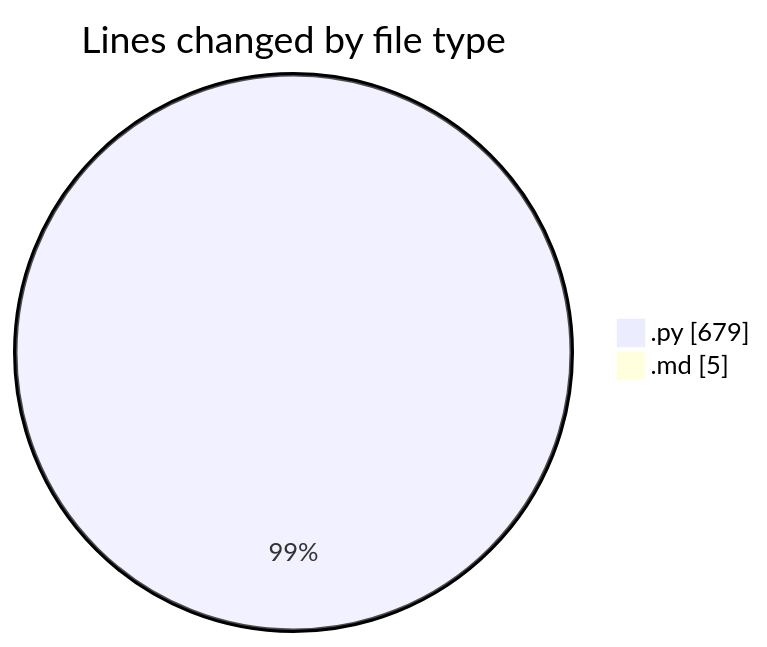
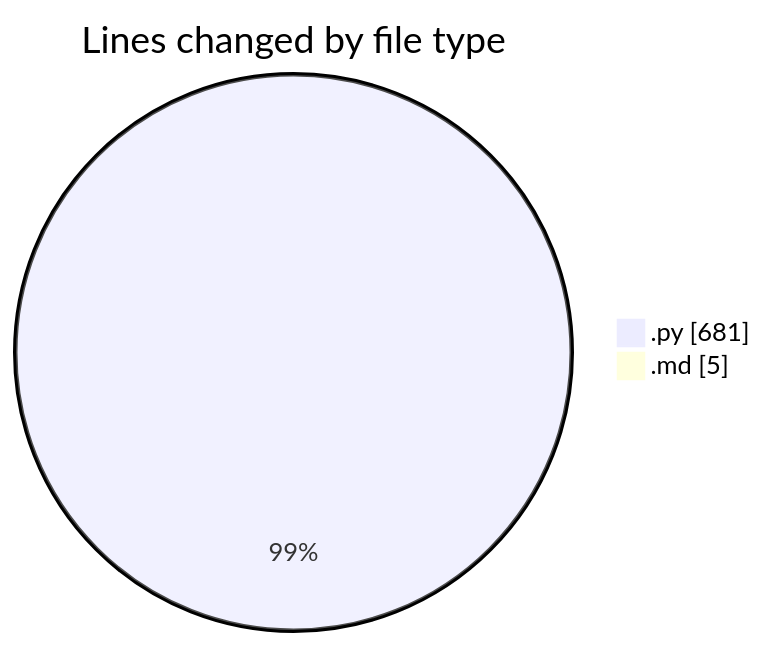
One commit to Ritupan-Deka/code-tracking changed the first of 2 diagrams in 2026-01-10/dsa/README.md. Above: the diagram before and after it, drawn with Mermaid. The commit also changed other lines of this file and 1 other file, not shown here.

````diff
--- a/2026-01-10/dsa/README.md
+++ b/2026-01-10/dsa/README.md
@@ -21,6 +21,6 @@
 ```mermaid
 pie showData
 title Lines changed by file type
-".py" : 679
+".py" : 681
 ".md" : 5
 ```
````
